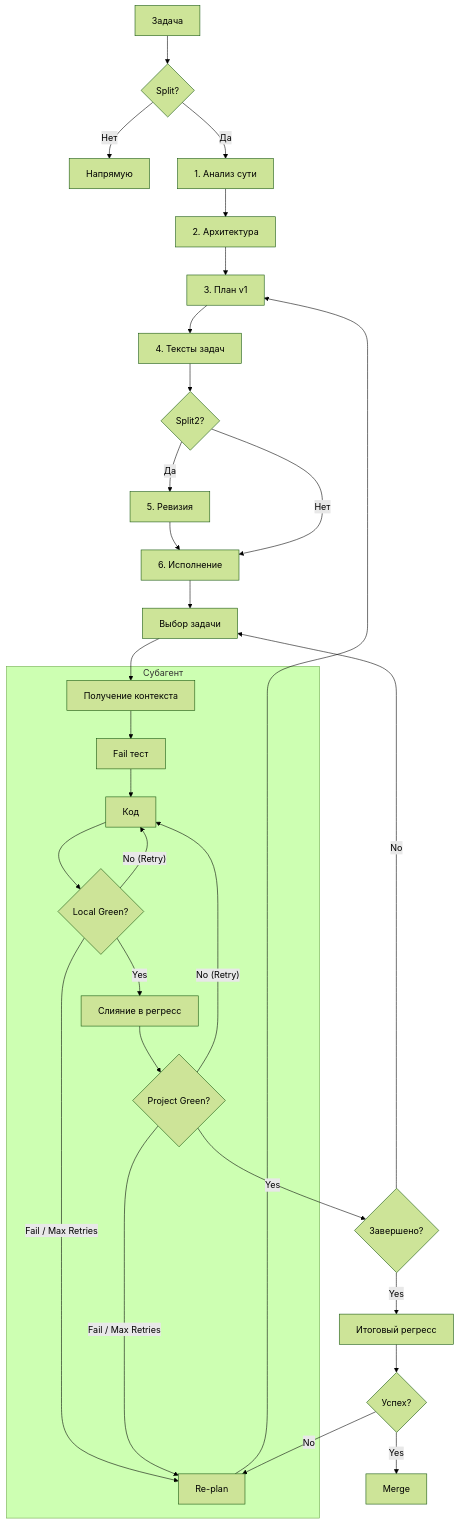
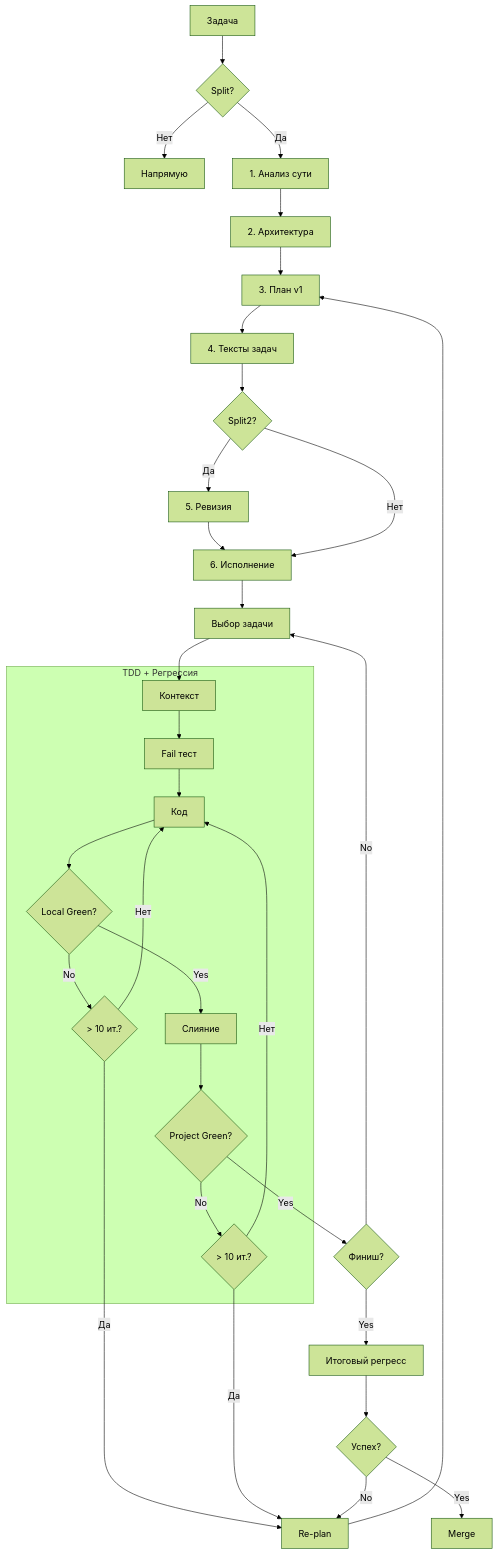
The diagram in README.md (SpIvanM/split-first-tdd-agent-orchestration-framework), drawn with Mermaid (forest theme) before and after one commit. The commit also changed 1 other file, not shown here.

Commit message:
docs: update TDD workflow diagram in README files to include re-planning logic and retry limits

````diff
--- a/README.md
+++ b/README.md
@@ -102,37 +102,49 @@
 ```mermaid
 graph TD
     A["Задача"] --> B{"Split?"}
     B -- "Нет" --> C["Напрямую"]
     B -- "Да" --> D["1. Анализ сути"]
     D --> E["2. Архитектура"]
     E --> F["3. План v1"]
     F --> G["4. Тексты задач"]
     G --> H{"Split2?"}
     H -- "Да" --> I["5. Ревизия"]
     I --> J["6. Исполнение"]
     H -- "Нет" --> J
-  
+    
+    T["Re-plan"] --> F
+    
     J --> K["Выбор задачи"]
-    K --> L["Получение контекста"]
-  
-    subgraph "Субагент"
-        L --> M["Fail тест"]
-        M --> N["Код"]
-        N --> O{"Local Green?"}
-        O -- "No (Retry)" --> N
-        O -- "Fail / Max Retries" --> T["Re-plan"]
-        O -- "Yes" --> P["Слияние в регресс"]
-        P --> Q{"Project Green?"}
-        Q -- "No (Retry)" --> N
-        Q -- "Fail / Max Retries" --> T
+    K --> L["Контекст"]
+    
+    subgraph "TDD + Регрессия"
+        L
+        M
+        N
+        O
+        O1
+        P
+        Q
+        Q1
     end
-  
-    Q -- "Yes" --> R{"Завершено?"}
+    
+    L --> M["Fail тест"]
+    M --> N["Код"]
+    N --> O{"Local Green?"}
+    O -- "No" --> O1{"> 10 ит.?"}
+    O1 -- "Нет" --> N
+    O1 -- "Да" --> T
+    O -- "Yes" --> P["Слияние"]
+    P --> Q{"Project Green?"}
+    Q -- "No" --> Q1{"> 10 ит.?"}
+    Q1 -- "Нет" --> N
+    Q1 -- "Да" --> T
+    
+    Q -- "Yes" --> R{"Финиш?"}
     R -- "No" --> K
-    T --> F
-  
+    
     R -- "Yes" --> U["Итоговый регресс"]
     U --> W{"Успех?"}
     W -- "No" --> T
     W -- "Yes" --> V["Merge"]
 ```
````
